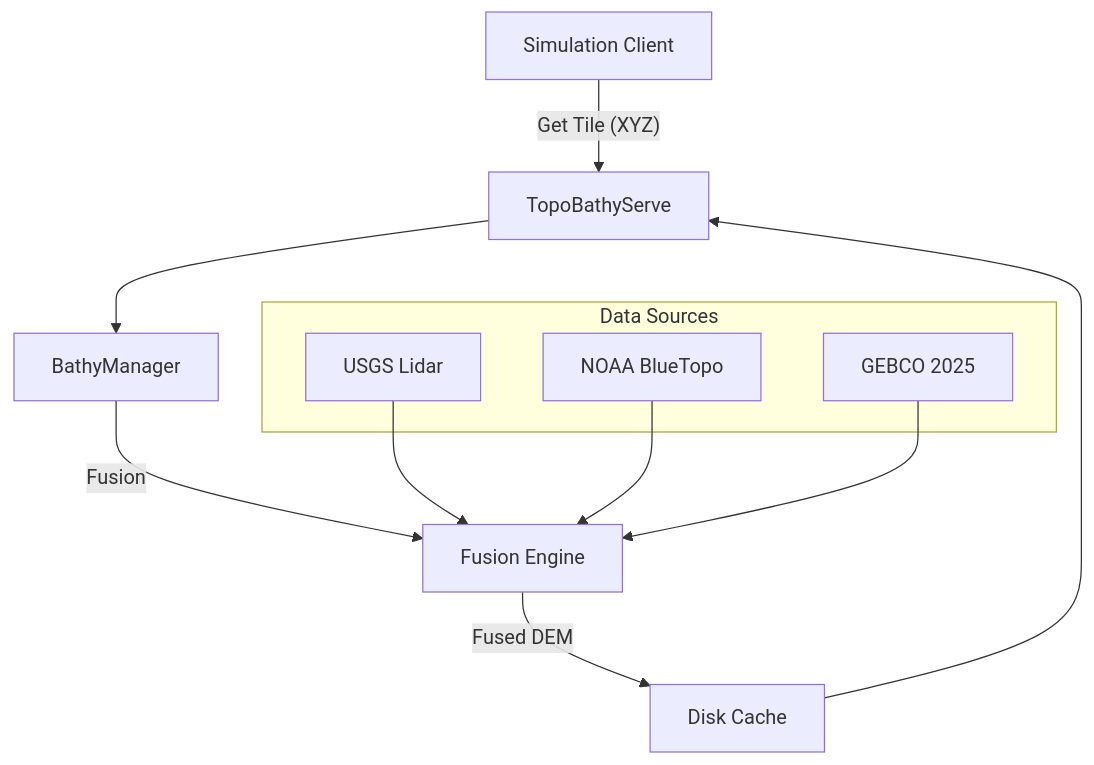
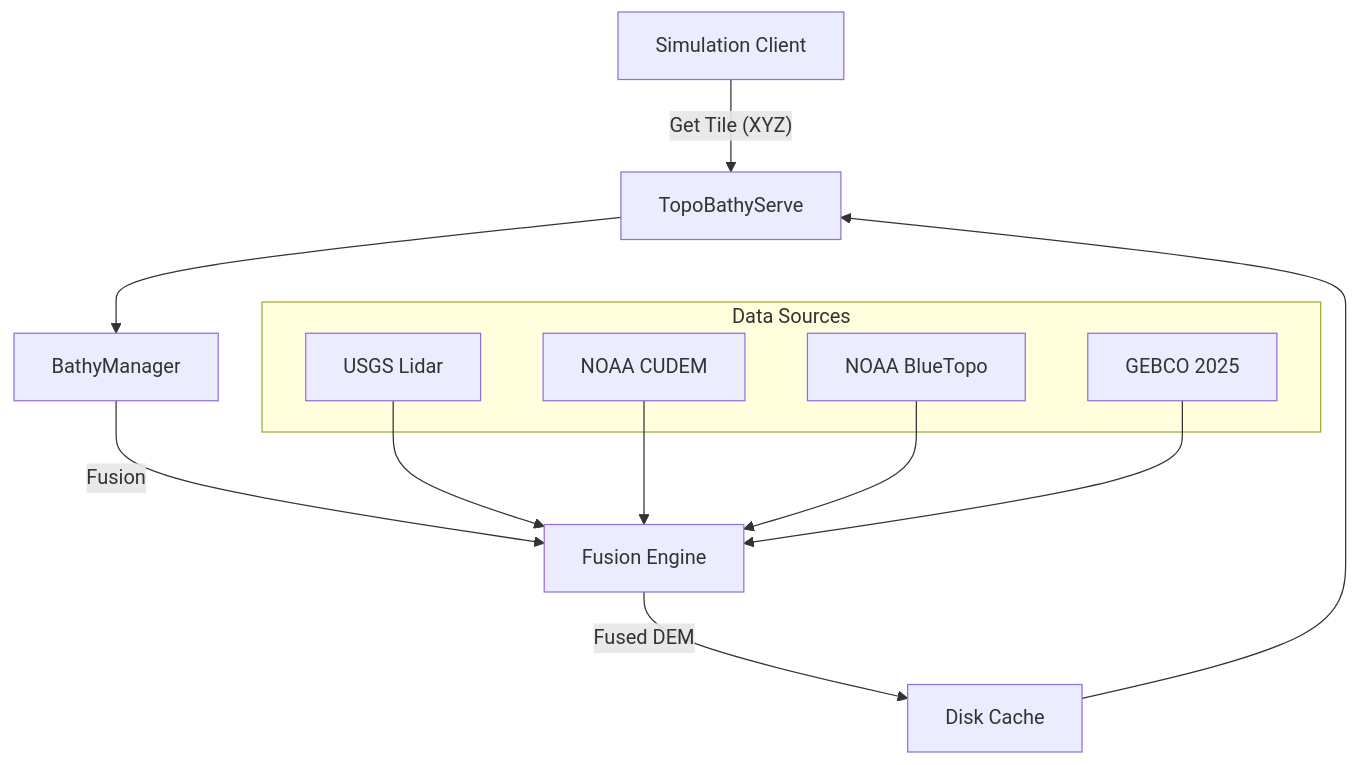
One commit to lhzn-io/topobathysim changed the diagram in README.md. Above: the diagram before and after it, drawn with Mermaid. The commit also changed other lines of this file and 31 other files, not shown here.

````diff
--- a/README.md
+++ b/README.md
@@ -99,19 +101,21 @@
 ```mermaid
 graph TD
     Client["Simulation Client"] -->|"Get Tile (XYZ)"| API[TopoBathyServe]
     API --> Manager[BathyManager]
 
     subgraph "Data Sources"
         L["USGS Lidar"]
         B["NOAA BlueTopo"]
+        C["NOAA CUDEM"]
         G["GEBCO 2025"]
     end
 
     Manager -->|Fusion| Fusion["Fusion Engine"]
     L --> Fusion
+    C --> Fusion
     B --> Fusion
     G --> Fusion
 
     Fusion -->|"Fused DEM"| Cache["Disk Cache"]
     Cache --> API
 ```
````
